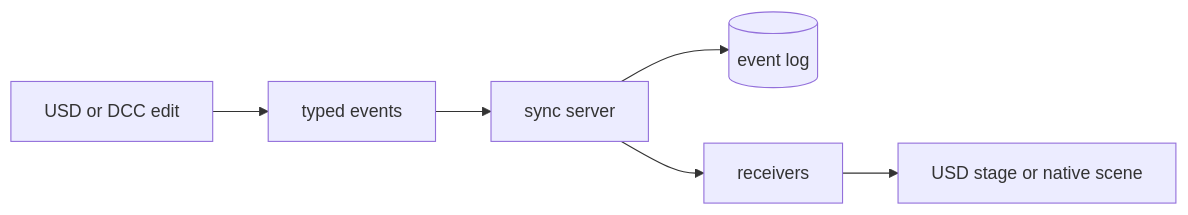
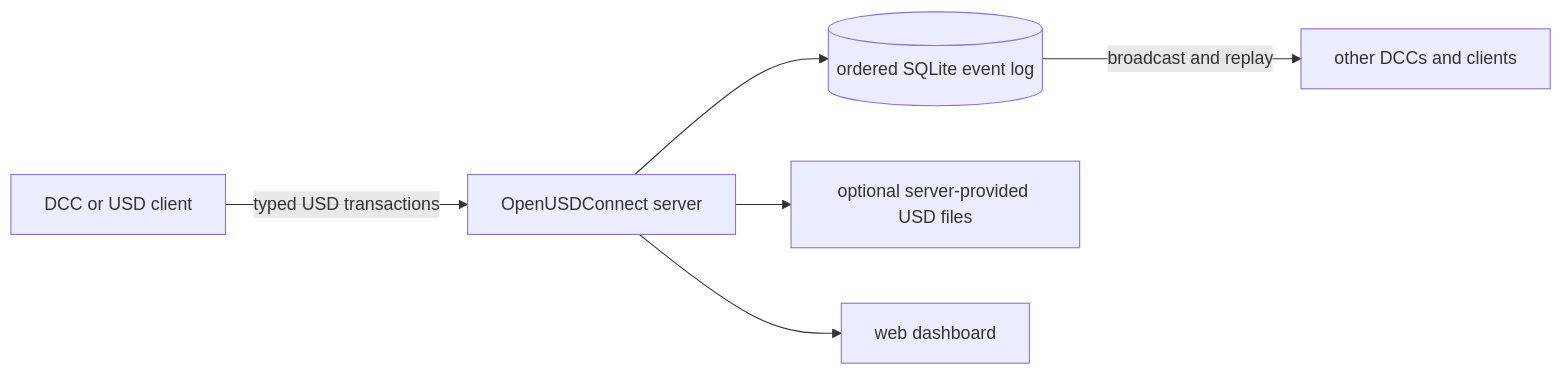
Before and after one commit to RoboticHuman/OpenUSDConnect: the diagram in README.md, drawn with Mermaid. The commit also changed other lines of this file and 20 other files, not shown here.

````diff
--- a/README.md
+++ b/README.md
@@ -12,8 +112,8 @@
 ```mermaid
 flowchart LR
-    A["USD or DCC edit"] --> E["typed events"]
-    E --> S["sync server"]
-    S --> L[("event log")]
-    S --> R["receivers"]
-    R --> U["USD stage or native scene"]
+    A["DCC or USD client"] -- "typed USD transactions" --> S["OpenUSDConnect server"]
+    S --> L[("ordered SQLite event log")]
+    L -- "broadcast and replay" --> B["other DCCs and clients"]
+    S --> V["optional server-provided USD files"]
+    S --> D["web dashboard"]
 ```
````
